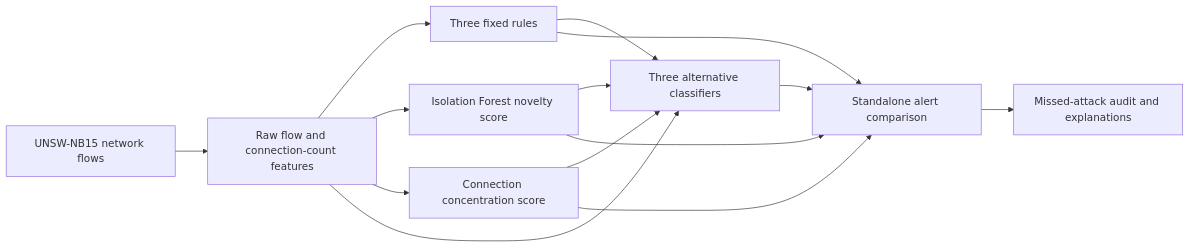
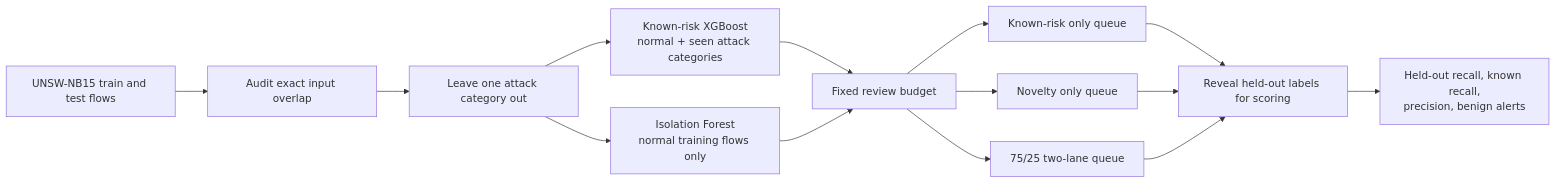
The diagram in docs/PROJECT_GUIDE.md (codewithdaniel1/Explainable-Cyber-Threat-Defense-Workbench), drawn with Mermaid before and after one commit. The commit also changed other lines of this file and 5 other files, not shown here.

````diff
--- a/docs/PROJECT_GUIDE.md
+++ b/docs/PROJECT_GUIDE.md
@@ -11,16 +17,16 @@
 ```mermaid
 flowchart LR
-    A[UNSW-NB15 network flows] --> B[Raw flow and connection-count features]
-    B --> R[Three fixed rules]
-    B --> I[Isolation Forest novelty score]
-    B --> C[Connection concentration score]
-    B --> M[Three alternative classifiers]
-    R --> M
-    I --> M
-    C --> M
-    R --> E[Standalone alert comparison]
-    I --> E
-    C --> E
-    M --> E
-    E --> X[Missed-attack audit and explanations]
+    A[UNSW-NB15 train and test flows] --> B[Audit exact input overlap]
+    B --> C[Leave one attack category out]
+    C --> D[Known-risk XGBoost<br/>normal + seen attack categories]
+    C --> E[Isolation Forest<br/>normal training flows only]
+    D --> F[Fixed review budget]
+    E --> F
+    F --> G1[Known-risk only queue]
+    F --> G2[Novelty only queue]
+    F --> G3[75/25 two-lane queue]
+    G1 --> H[Reveal held-out labels for scoring]
+    G2 --> H
+    G3 --> H
+    H --> I[Held-out recall, known recall,<br/>precision, benign alerts]
 ```
````
